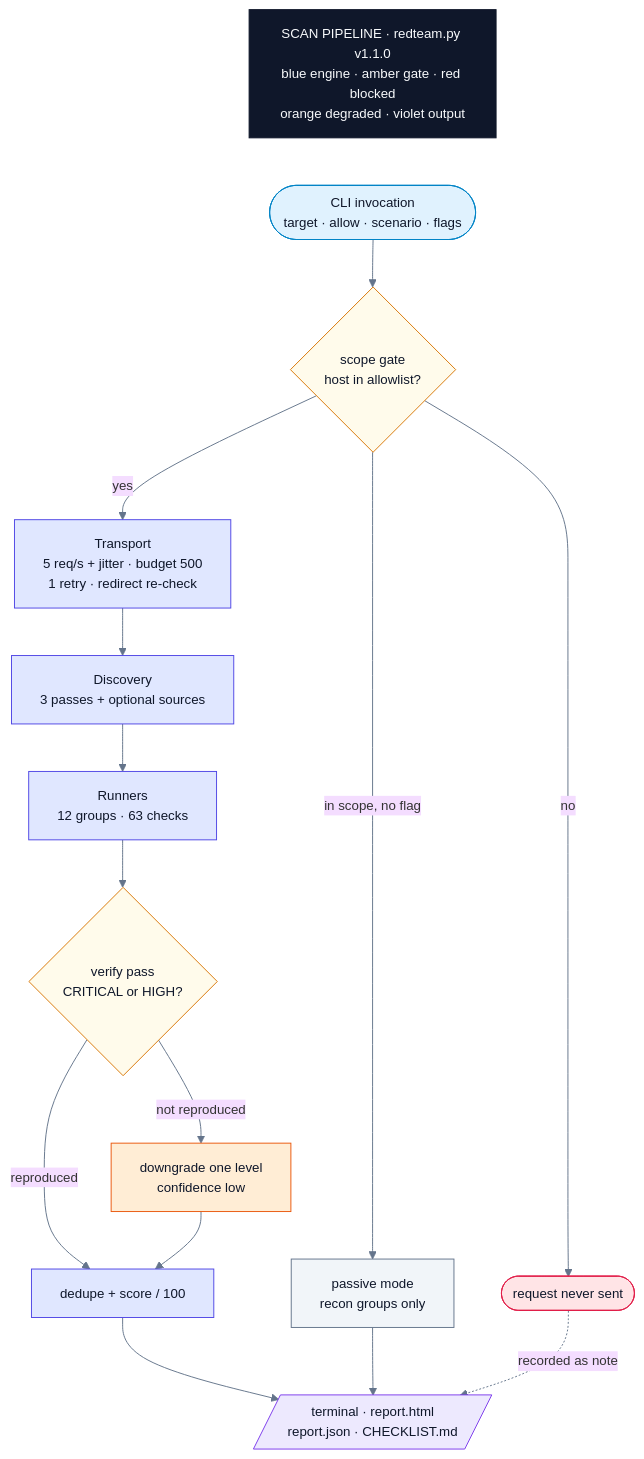
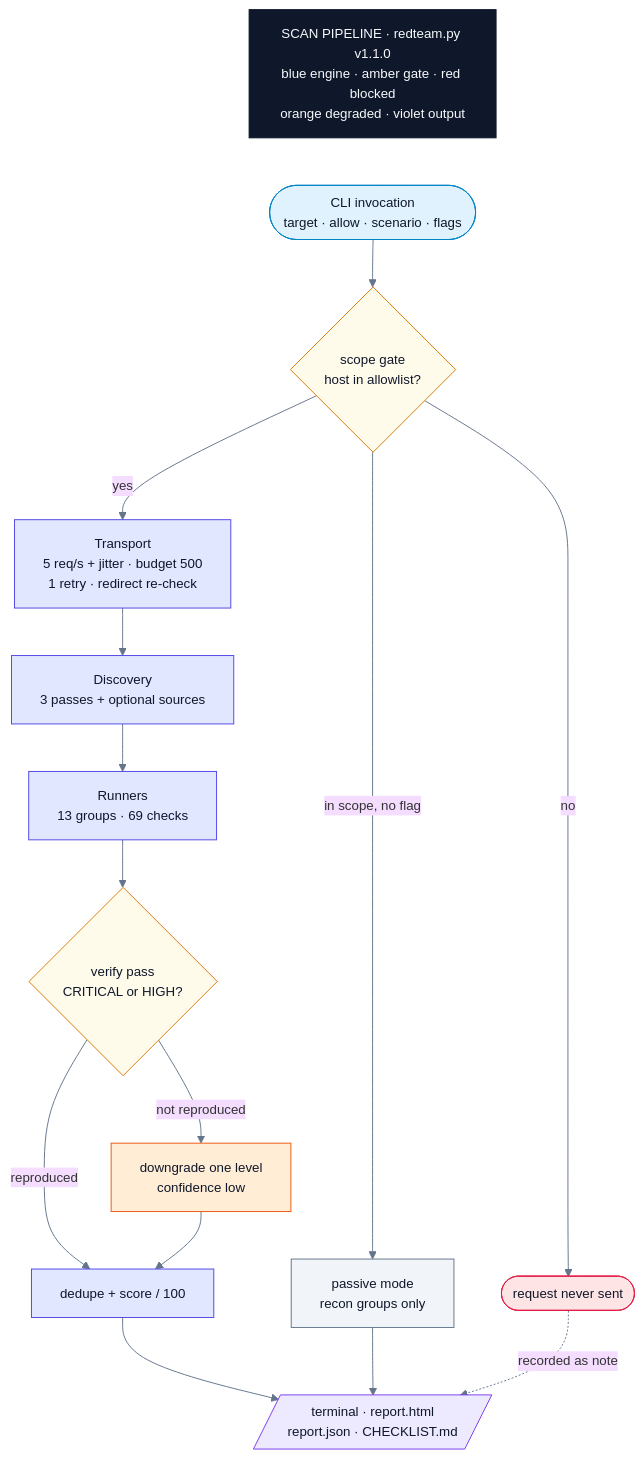
One commit to pixie-chan/redqueen changed the diagram in README.md. Above: the diagram before and after it, drawn with Mermaid. The commit also changed other lines of this file and 26 other files, not shown here.

````diff
--- a/README.md
+++ b/README.md
@@ -81,30 +81,30 @@
 ```mermaid
 %%{init: {"theme":"base","themeVariables":{"fontFamily":"DejaVu Sans, Helvetica, sans-serif","fontSize":"14px","lineColor":"#64748b","clusterBkg":"#f8fafc","clusterBorder":"#cbd5e1"}}}%%
 flowchart TD
     T["SCAN PIPELINE · redteam.py v1.1.0<br/>blue engine · amber gate · red blocked<br/>orange degraded · violet output"]:::title ~~~ A(["CLI invocation<br/>target · allow · scenario · flags"]):::cli
     A --> G{"scope gate<br/>host in allowlist?"}:::gate
     G -->|no| K(["request never sent"]):::bad
     G -->|"in scope, no flag"| P["passive mode<br/>recon groups only"]:::neutral
     G -->|yes| T2["Transport<br/>5 req/s + jitter · budget 500<br/>1 retry · redirect re-check"]:::engine
     T2 --> D["Discovery<br/>3 passes + optional sources"]:::engine
-    D --> R["Runners<br/>12 groups · 63 checks"]:::engine
+    D --> R["Runners<br/>13 groups · 69 checks"]:::engine
     R --> V{"verify pass<br/>CRITICAL or HIGH?"}:::gate
     V -->|reproduced| Z["dedupe + score / 100"]:::engine
     V -->|"not reproduced"| DN["downgrade one level<br/>confidence low"]:::warn
     DN --> Z
     Z --> O[/"terminal · report.html<br/>report.json · CHECKLIST.md"/]:::out
     P --> O
     K -.->|"recorded as note"| O
 
     classDef title fill:#0f172a,stroke:#0f172a,color:#f8fafc
     classDef cli fill:#e0f2fe,stroke:#0284c7,color:#0f172a
     classDef engine fill:#e0e7ff,stroke:#4f46e5,color:#0f172a
     classDef gate fill:#fffbeb,stroke:#d97706,color:#0f172a
     classDef good fill:#dcfce7,stroke:#059669,color:#0f172a
     classDef bad fill:#ffe4e6,stroke:#e11d48,color:#0f172a
     classDef warn fill:#ffedd5,stroke:#ea580c,color:#0f172a
     classDef out fill:#ede9fe,stroke:#7c3aed,color:#0f172a
     classDef neutral fill:#f1f5f9,stroke:#64748b,color:#0f172a
     classDef ext fill:#cffafe,stroke:#0891b2,color:#0f172a
     classDef forbidden fill:#ffe4e6,stroke:#e11d48,color:#0f172a,stroke-dasharray:6 4
 ```
````
